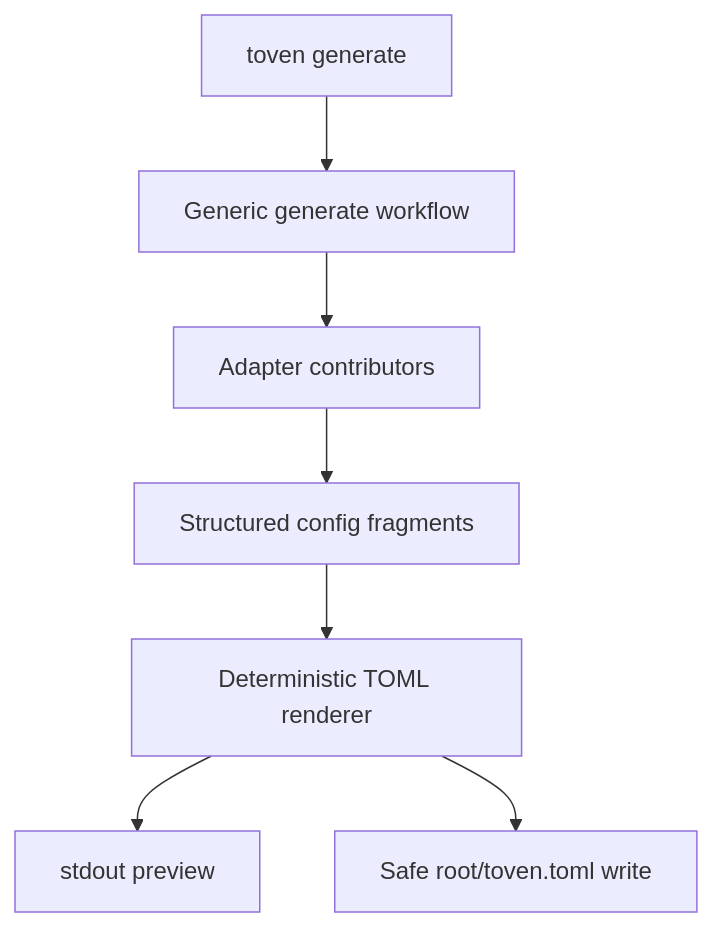
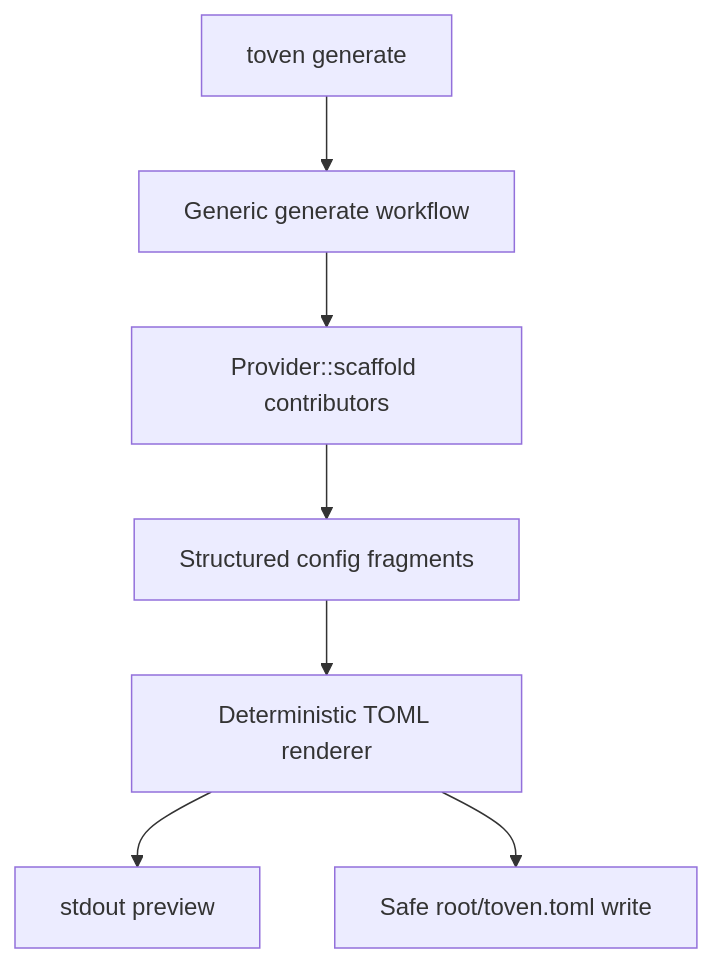
Before and after one commit to kbukum/toven: the second of 4 diagrams in docs/architecture.md, drawn with Mermaid. The commit also changed other lines of this file and 13 other files, not shown here.

````diff
--- a/docs/architecture.md
+++ b/docs/architecture.md
@@ -96,9 +92,9 @@
 ```mermaid
 flowchart TD
     Generate[toven generate] --> Workflow[Generic generate workflow]
-    Workflow --> Contributors[Adapter contributors]
+    Workflow --> Contributors[Provider::scaffold contributors]
     Contributors --> Fragments[Structured config fragments]
     Fragments --> RenderToml[Deterministic TOML renderer]
     RenderToml --> Preview[stdout preview]
     RenderToml --> Write[Safe root/toven.toml write]
 ```
````
